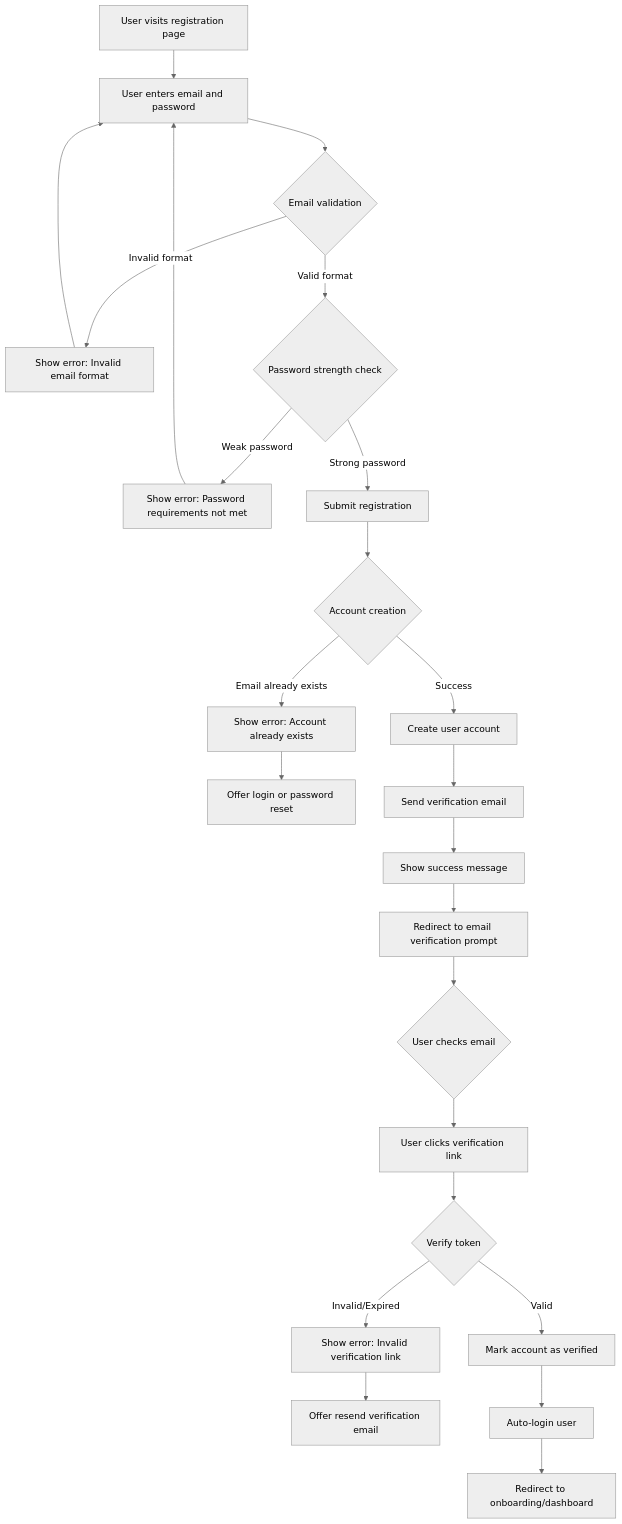
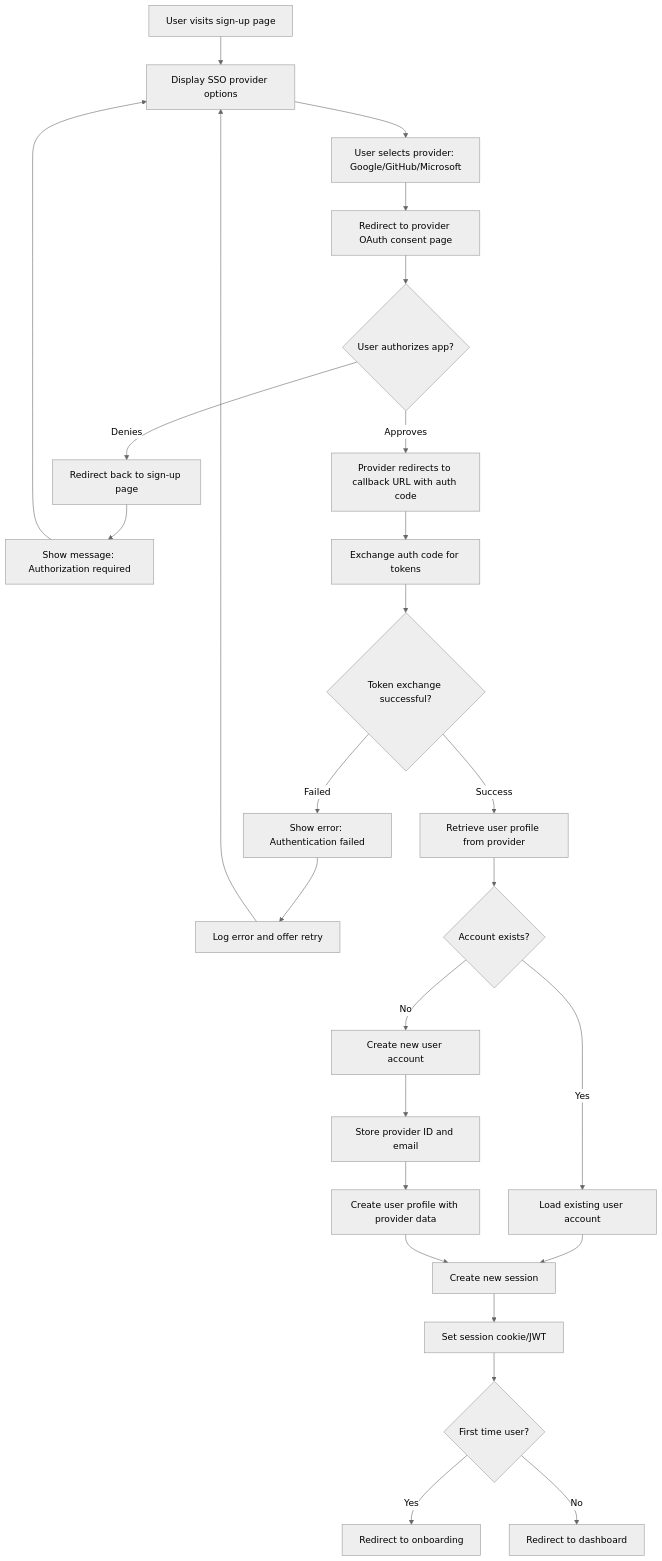
Before and after one commit to z5labs/journeys: the diagram in docs/content/r&d/user-journeys/0001-user-registration.md, drawn with Mermaid (neutral theme). The commit also changed other lines of this file, not shown here.

Commit message:
docs(issue-14): add user registration journey

````diff
--- a/docs/content/r&d/user-journeys/0001-user-registration.md
+++ b/docs/content/r&d/user-journeys/0001-user-registration.md
@@ -27,26 +28,28 @@
 ```mermaid
 graph TD
-    A[User visits registration page] --> B[User enters email and password]
-    B --> C{Email validation}
-    C -->|Invalid format| D[Show error: Invalid email format]
-    D --> B
-    C -->|Valid format| E{Password strength check}
-    E -->|Weak password| F[Show error: Password requirements not met]
-    F --> B
-    E -->|Strong password| G[Submit registration]
-    G --> H{Account creation}
-    H -->|Email already exists| I[Show error: Account already exists]
-    I --> J[Offer login or password reset]
-    H -->|Success| K[Create user account]
-    K --> L[Send verification email]
-    L --> M[Show success message]
-    M --> N[Redirect to email verification prompt]
-    N --> O{User checks email}
-    O --> P[User clicks verification link]
-    P --> Q{Verify token}
-    Q -->|Invalid/Expired| R[Show error: Invalid verification link]
-    R --> S[Offer resend verification email]
-    Q -->|Valid| T[Mark account as verified]
-    T --> U[Auto-login user]
-    U --> V[Redirect to onboarding/dashboard]
+    A[User visits sign-up page] --> B[Display SSO provider options]
+    B --> C[User selects provider: Google/GitHub/Microsoft]
+    C --> D[Redirect to provider OAuth consent page]
+    D --> E{User authorizes app?}
+    E -->|Denies| F[Redirect back to sign-up page]
+    F --> G[Show message: Authorization required]
+    G --> B
+    E -->|Approves| H[Provider redirects to callback URL with auth code]
+    H --> I[Exchange auth code for tokens]
+    I --> J{Token exchange successful?}
+    J -->|Failed| K[Show error: Authentication failed]
+    K --> L[Log error and offer retry]
+    L --> B
+    J -->|Success| M[Retrieve user profile from provider]
+    M --> N{Account exists?}
+    N -->|Yes| O[Load existing user account]
+    O --> P[Create new session]
+    N -->|No| Q[Create new user account]
+    Q --> R[Store provider ID and email]
+    R --> S[Create user profile with provider data]
+    S --> P
+    P --> T[Set session cookie/JWT]
+    T --> U{First time user?}
+    U -->|Yes| V[Redirect to onboarding]
+    U -->|No| W[Redirect to dashboard]
 ```
````
